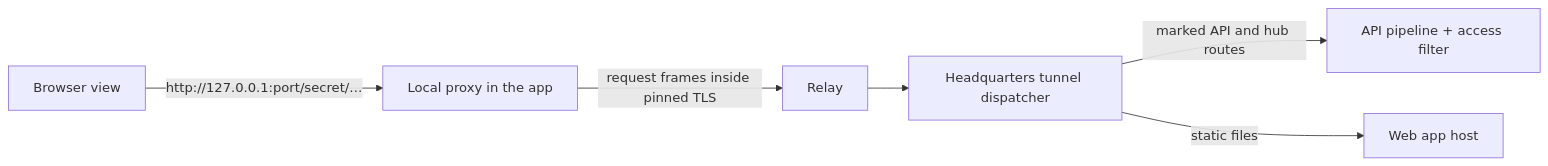
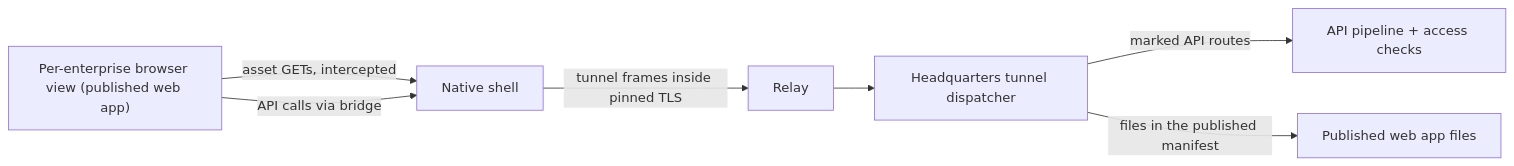
One commit to CrosswiredStudios/C-Sweet changed the diagram in docs/implementation/mobile-connectivity/tunnel-and-thin-shell.md. Above: the diagram before and after it, drawn with Mermaid. The commit also changed other lines of this file and 21 other files, not shown here.

````diff
--- a/docs/implementation/mobile-connectivity/tunnel-and-thin-shell.md
+++ b/docs/implementation/mobile-connectivity/tunnel-and-thin-shell.md
@@ -16,7 +18,8 @@
 ```mermaid
 flowchart LR
-    View["Browser view"] -->|"http://127.0.0.1:port/secret/…"| Proxy["Local proxy in the app"]
-    Proxy -->|"request frames inside pinned TLS"| Relay --> Disp["Headquarters tunnel dispatcher"]
-    Disp -->|"marked API and hub routes"| Api["API pipeline + access filter"]
-    Disp -->|"static files"| Ui["Web app host"]
+    View["Per-enterprise browser view (published web app)"] -->|"asset GETs, intercepted"| Shell
+    View -->|"API calls via bridge"| Shell["Native shell"]
+    Shell -->|"tunnel frames inside pinned TLS"| Relay --> Disp["Headquarters tunnel dispatcher"]
+    Disp -->|"marked API routes"| Api["API pipeline + access checks"]
+    Disp -->|"files in the published manifest"| Assets["Published web app files"]
 ```
````
